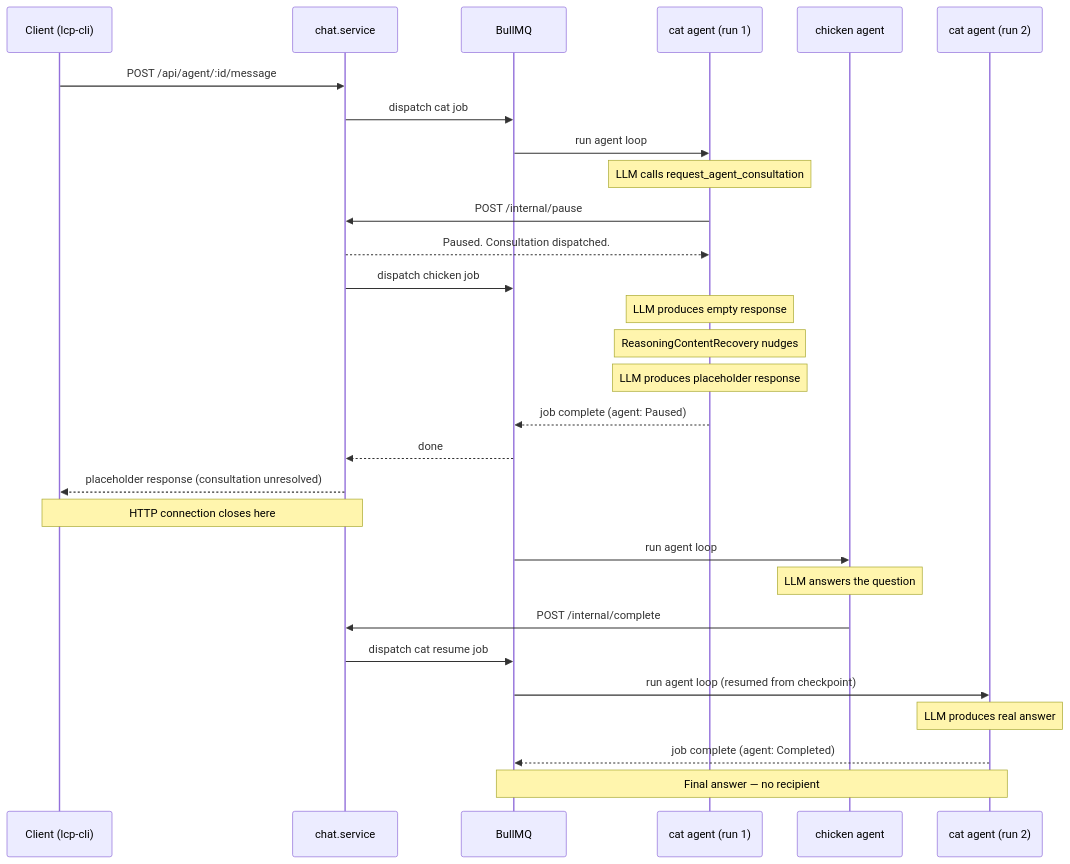
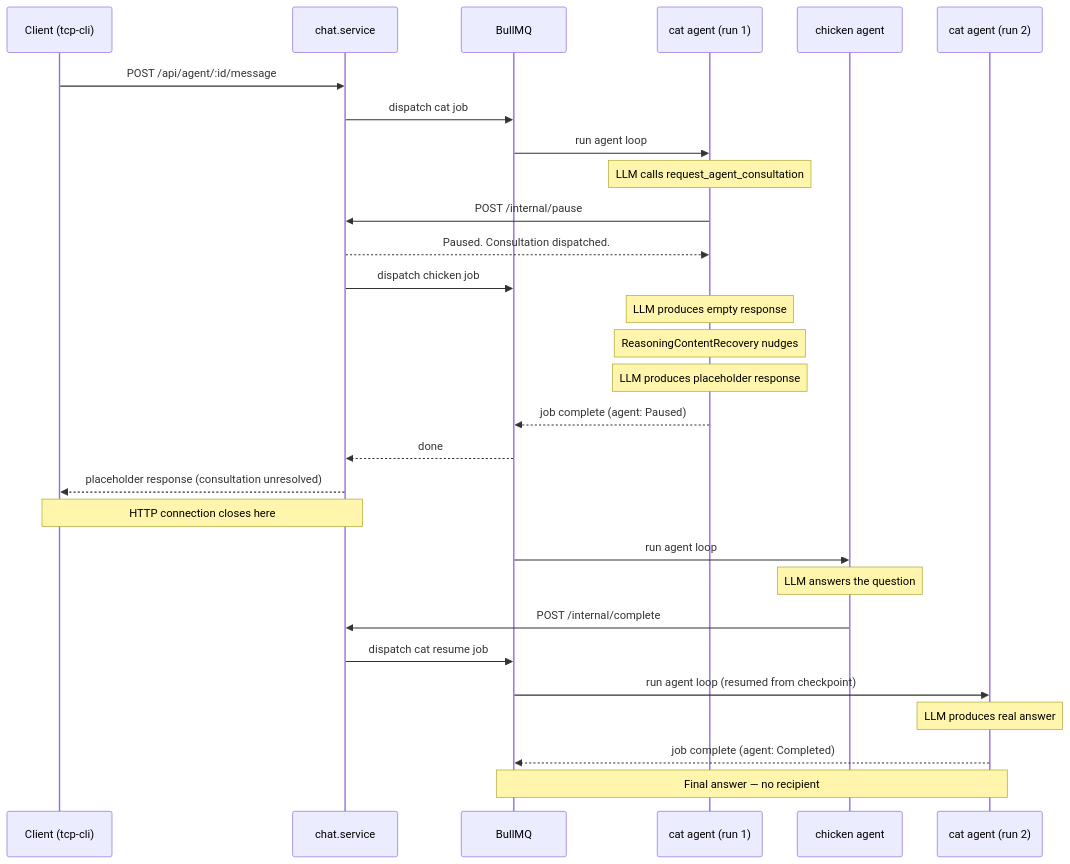
One commit to instantiator/tcp-server changed the first of 2 diagrams in docs/ADRs/ADR-012-human-in-the-loop.md. Above: the diagram before and after it, drawn with Mermaid. The commit also changed other lines of this file and 1129 other files, not shown here.

````diff
--- a/docs/ADRs/ADR-012-human-in-the-loop.md
+++ b/docs/ADRs/ADR-012-human-in-the-loop.md
@@ -180,34 +180,34 @@
 ```mermaid
 sequenceDiagram
-    participant CLI as Client (lcp-cli)
+    participant CLI as Client (tcp-cli)
     participant CS as chat.service
     participant BQ as BullMQ
     participant Cat1 as cat agent (run 1)
     participant Chkn as chicken agent
     participant Cat2 as cat agent (run 2)
 
     CLI->>CS: POST /api/agent/:id/message
     CS->>BQ: dispatch cat job
     BQ->>Cat1: run agent loop
     Note over Cat1: LLM calls request_agent_consultation
     Cat1->>CS: POST /internal/pause
     CS-->>Cat1: Paused. Consultation dispatched.
     CS->>BQ: dispatch chicken job
     Note over Cat1: LLM produces empty response
     Note over Cat1: ReasoningContentRecovery nudges
     Note over Cat1: LLM produces placeholder response
     Cat1-->>BQ: job complete (agent: Paused)
     BQ-->>CS: done
     CS-->>CLI: placeholder response (consultation unresolved)
 
     Note over CLI,CS: HTTP connection closes here
 
     BQ->>Chkn: run agent loop
     Note over Chkn: LLM answers the question
     Chkn->>CS: POST /internal/complete
     CS->>BQ: dispatch cat resume job
     BQ->>Cat2: run agent loop (resumed from checkpoint)
     Note over Cat2: LLM produces real answer
     Cat2-->>BQ: job complete (agent: Completed)
     Note over Cat2,BQ: Final answer — no recipient
 ```
````
